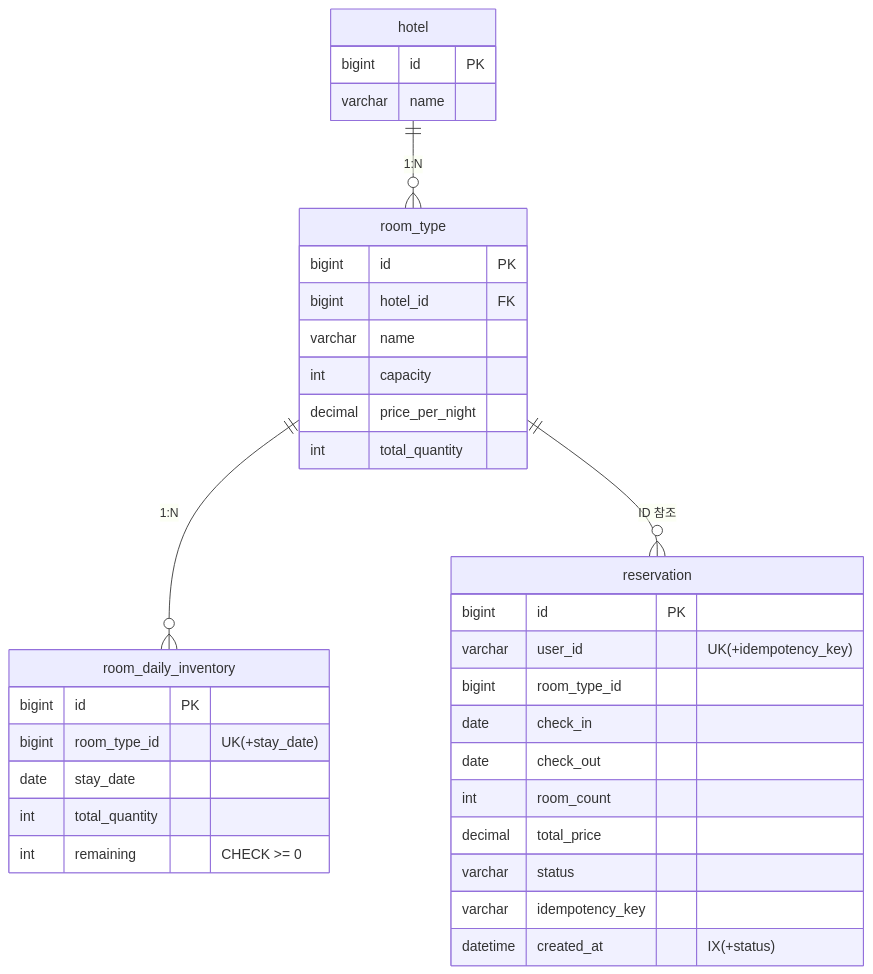
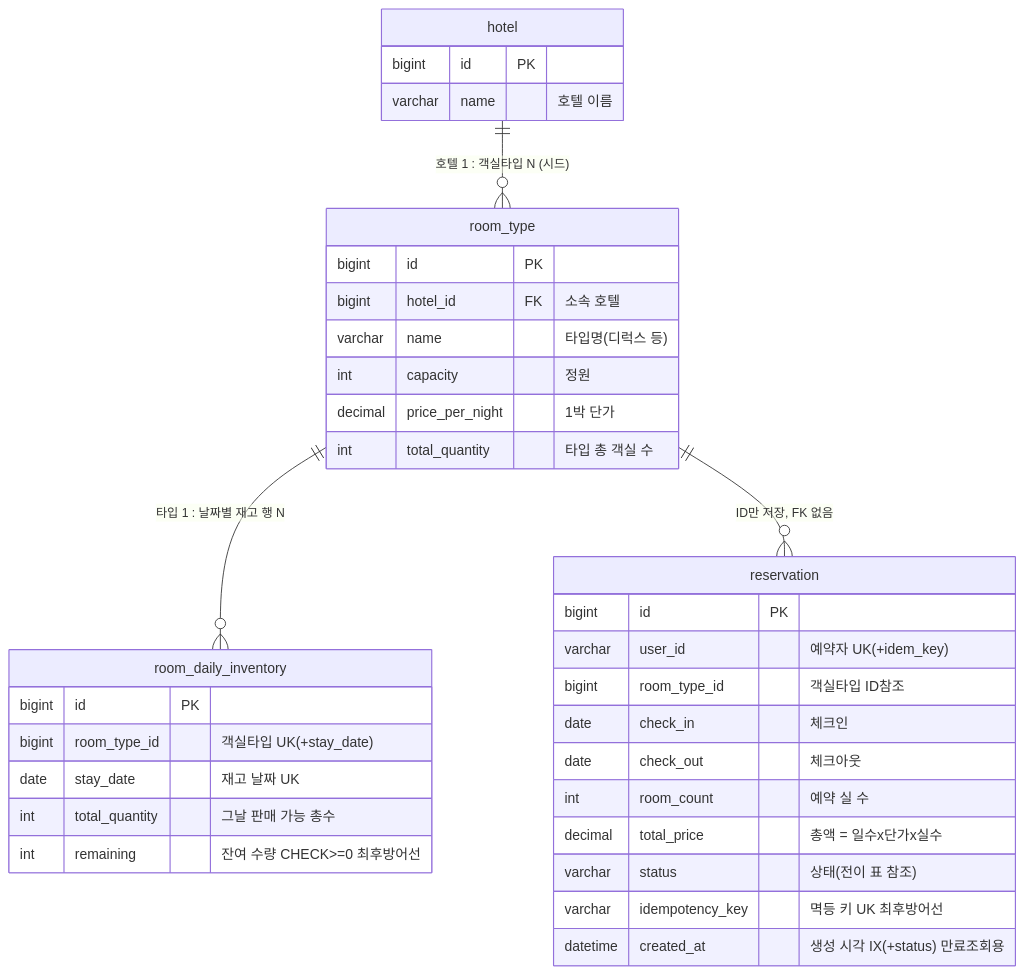
The third of 5 diagrams in docs/spec/F01-예약-코어.md (Diocto/pms), drawn with Mermaid before and after one commit. The commit also changed other lines of this file and 1 other file, not shown here.

Commit message:
docs: 다이어그램 설명을 문단에서 내부 코멘트·표 방식으로 변경
- ERD 컬럼 주석에 한국어 설명 직접 표기, 관계선 라벨 한국어화
- 도메인 모델 해설을 표(구성 요소/무엇인가/왜)로 전환
- diagram-rules.md 규칙 갱신 (줄글 해설 문단 금지)

Claude-Session: https://claude.ai/code/session_01AAcuKeoZn3sUeV3D7gH32g

````diff
--- a/docs/spec/F01-예약-코어.md
+++ b/docs/spec/F01-예약-코어.md
@@ -153,38 +156,38 @@
 ```mermaid
 erDiagram
-    hotel ||--o{ room_type : "1:N"
-    room_type ||--o{ room_daily_inventory : "1:N"
-    room_type ||--o{ reservation : "ID 참조"
+    hotel ||--o{ room_type : "호텔 1 : 객실타입 N (시드)"
+    room_type ||--o{ room_daily_inventory : "타입 1 : 날짜별 재고 행 N"
+    room_type ||--o{ reservation : "ID만 저장, FK 없음"
 
     hotel {
         bigint id PK
-        varchar name
+        varchar name "호텔 이름"
     }
     room_type {
         bigint id PK
-        bigint hotel_id FK
-        varchar name
-        int capacity
-        decimal price_per_night
-        int total_quantity
+        bigint hotel_id FK "소속 호텔"
+        varchar name "타입명(디럭스 등)"
+        int capacity "정원"
+        decimal price_per_night "1박 단가"
+        int total_quantity "타입 총 객실 수"
     }
     room_daily_inventory {
         bigint id PK
-        bigint room_type_id "UK(+stay_date)"
-        date stay_date
-        int total_quantity
-        int remaining "CHECK >= 0"
+        bigint room_type_id "객실타입 UK(+stay_date)"
+        date stay_date "재고 날짜 UK"
+        int total_quantity "그날 판매 가능 총수"
+        int remaining "잔여 수량 CHECK>=0 최후방어선"
     }
     reservation {
         bigint id PK
-        varchar user_id "UK(+idempotency_key)"
-        bigint room_type_id
-        date check_in
-        date check_out
-        int room_count
-        decimal total_price
-        varchar status
-        varchar idempotency_key
-        datetime created_at "IX(+status)"
+        varchar user_id "예약자 UK(+idem_key)"
+        bigint room_type_id "객실타입 ID참조"
+        date check_in "체크인"
+        date check_out "체크아웃"
+        int room_count "예약 실 수"
+        decimal total_price "총액 = 일수x단가x실수"
+        varchar status "상태(전이 표 참조)"
+        varchar idempotency_key "멱등 키 UK 최후방어선"
+        datetime created_at "생성 시각 IX(+status) 만료조회용"
     }
 ```
````
